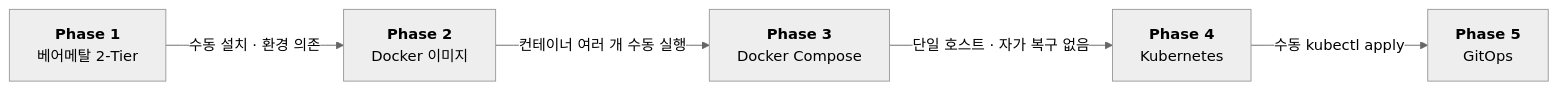
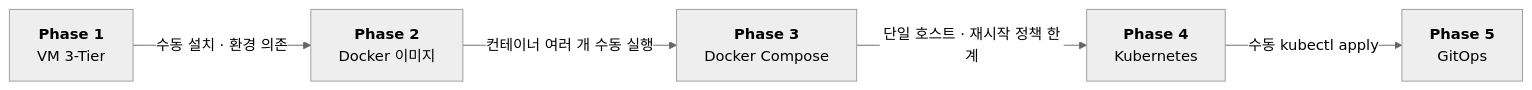
The first of 6 diagrams in README.md (Halee0090/petclinic-migration), drawn with Mermaid (neutral theme) before and after one commit. The commit also changed other lines of this file and 5 other files, not shown here.

````diff
--- a/README.md
+++ b/README.md
@@ -30,13 +31,13 @@
 ```mermaid
 flowchart LR
-    P1["<b>Phase 1</b><br/>베어메탈 2-Tier"]
+    P1["<b>Phase 1</b><br/>VM 3-Tier"]
     P2["<b>Phase 2</b><br/>Docker 이미지"]
     P3["<b>Phase 3</b><br/>Docker Compose"]
     P4["<b>Phase 4</b><br/>Kubernetes"]
     P5["<b>Phase 5</b><br/>GitOps"]
 
     P1 -- "수동 설치 · 환경 의존" --> P2
     P2 -- "컨테이너 여러 개 수동 실행" --> P3
-    P3 -- "단일 호스트 · 자가 복구 없음" --> P4
+    P3 -- "단일 호스트 · 재시작 정책 한계" --> P4
     P4 -- "수동 kubectl apply" --> P5
 ```
````
